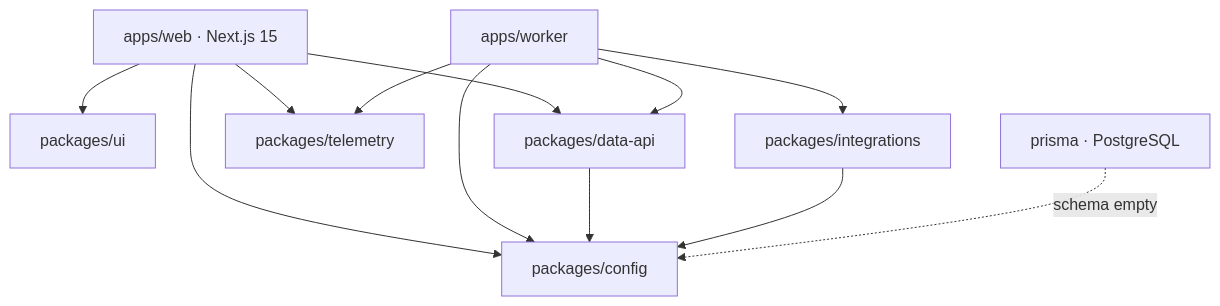
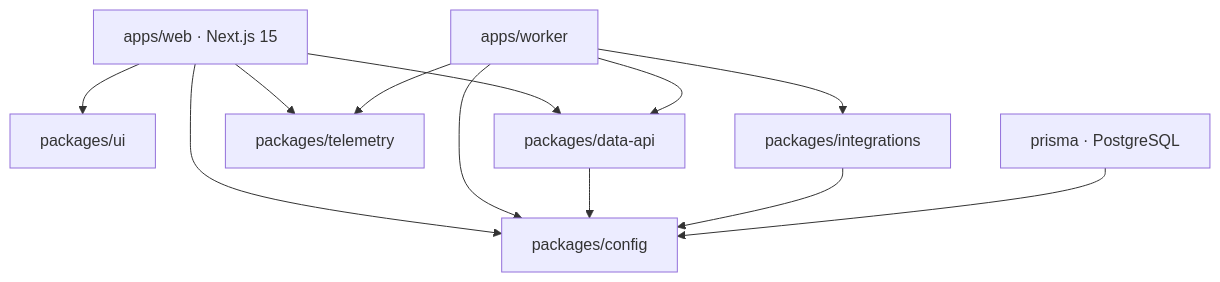
One commit to wyka0/bnb-agent-marketplace changed the diagram in README.md. Above: the diagram before and after it, drawn with Mermaid. The commit also changed other lines of this file, not shown here.

````diff
--- a/README.md
+++ b/README.md
@@ -33,14 +151,14 @@
 ```mermaid
 flowchart TB
   Web[apps/web · Next.js 15] --> UI[packages/ui]
   Web --> Data[packages/data-api]
   Web --> Cfg[packages/config]
   Web --> Tele[packages/telemetry]
   Worker[apps/worker] --> Integ[packages/integrations]
   Worker --> Data
   Worker --> Cfg
   Worker --> Tele
   Data --> Cfg
   Integ --> Cfg
-  Prisma[prisma · PostgreSQL] -.schema empty.-> Cfg
+  Prisma[prisma · PostgreSQL] --> Cfg
 ```
````
